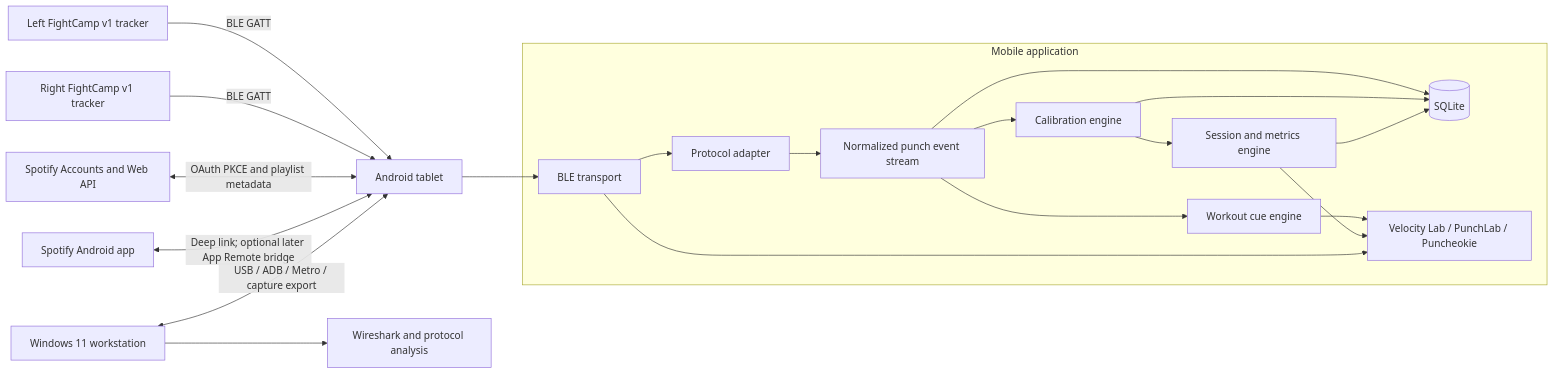
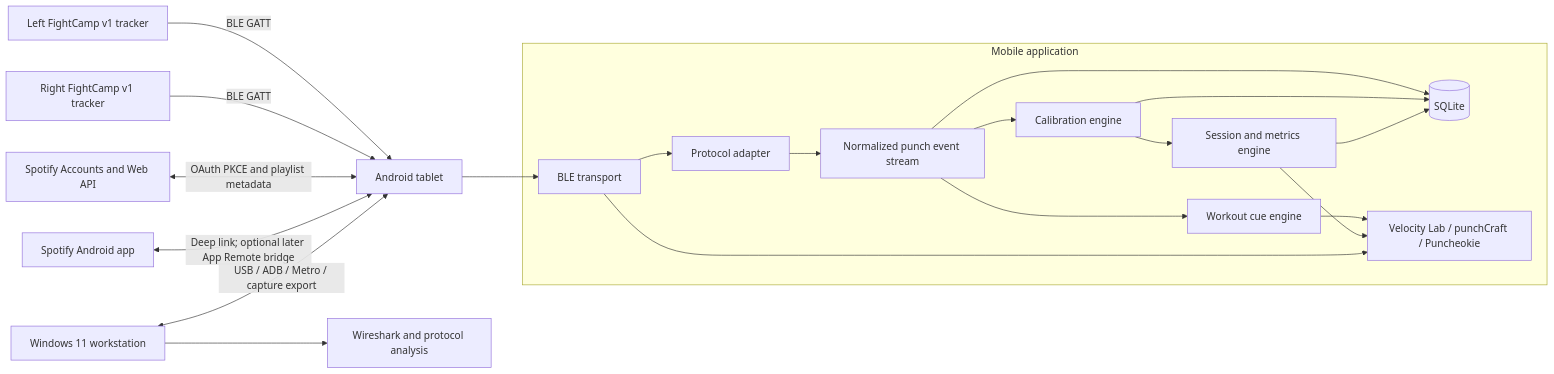
One commit to kyleruff1/punchCraft-Puncheokie changed the first of 3 diagrams in docs/design-spec.md. Above: the diagram before and after it, drawn with Mermaid. The commit also changed other lines of this file and 19 other files, not shown here.

````diff
--- a/docs/design-spec.md
+++ b/docs/design-spec.md
@@ -149,28 +149,28 @@
 ```mermaid
 flowchart LR
     L[Left FightCamp v1 tracker] -->|BLE GATT| A[Android tablet]
     R[Right FightCamp v1 tracker] -->|BLE GATT| A
     subgraph Mobile application
       B[BLE transport]
       P[Protocol adapter]
       E[Normalized punch event stream]
       C[Calibration engine]
       S[Session and metrics engine]
       W[Workout cue engine]
       DB[(SQLite)]
-      UI[Velocity Lab / PunchLab / Puncheokie]
+      UI[Velocity Lab / punchCraft / Puncheokie]
     end
     A --> B --> P --> E
     E --> C --> S
     E --> W
     E --> DB
     C --> DB
     S --> DB
     W --> UI
     S --> UI
     B --> UI
     SP[Spotify Accounts and Web API] <-->|OAuth PKCE and playlist metadata| A
     SA[Spotify Android app] <-->|Deep link; optional later App Remote bridge| A
     PC[Windows 11 workstation] <-->|USB / ADB / Metro / capture export| A
     PC --> WI[Wireshark and protocol analysis]
 ```
````
